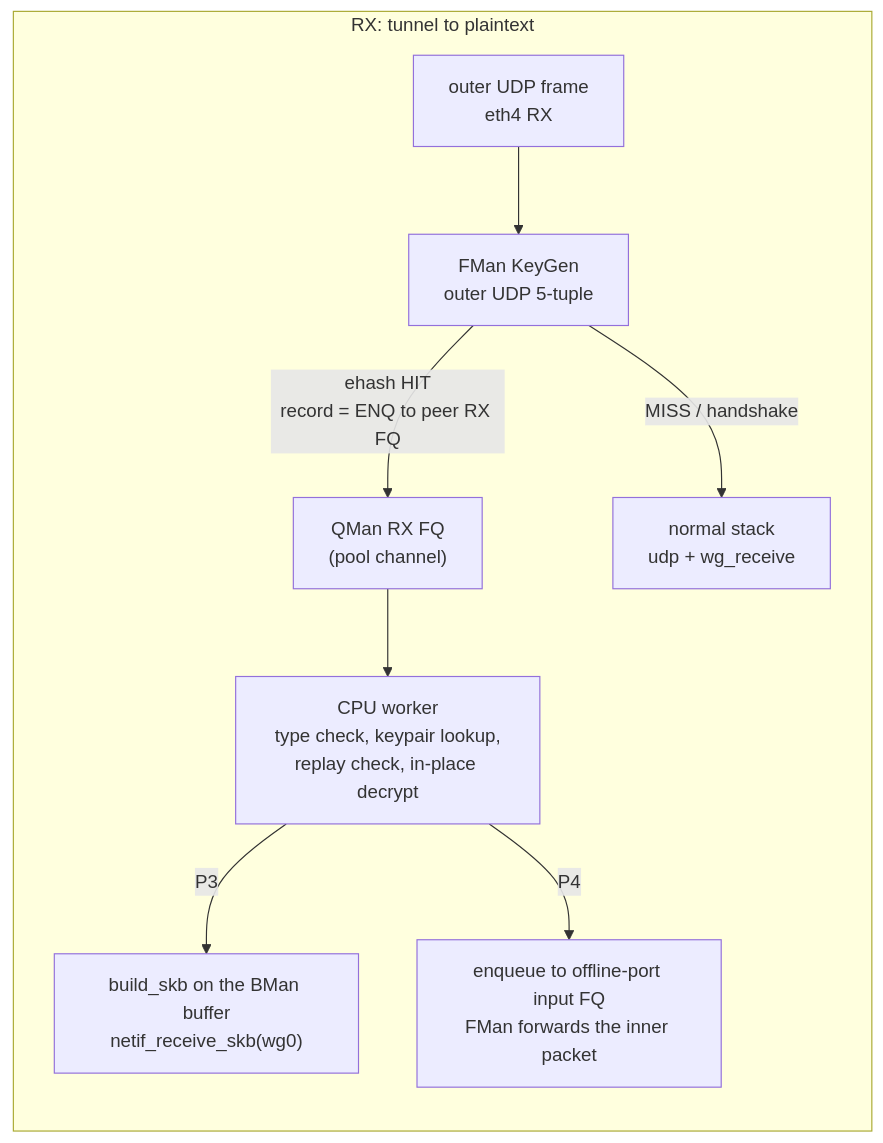
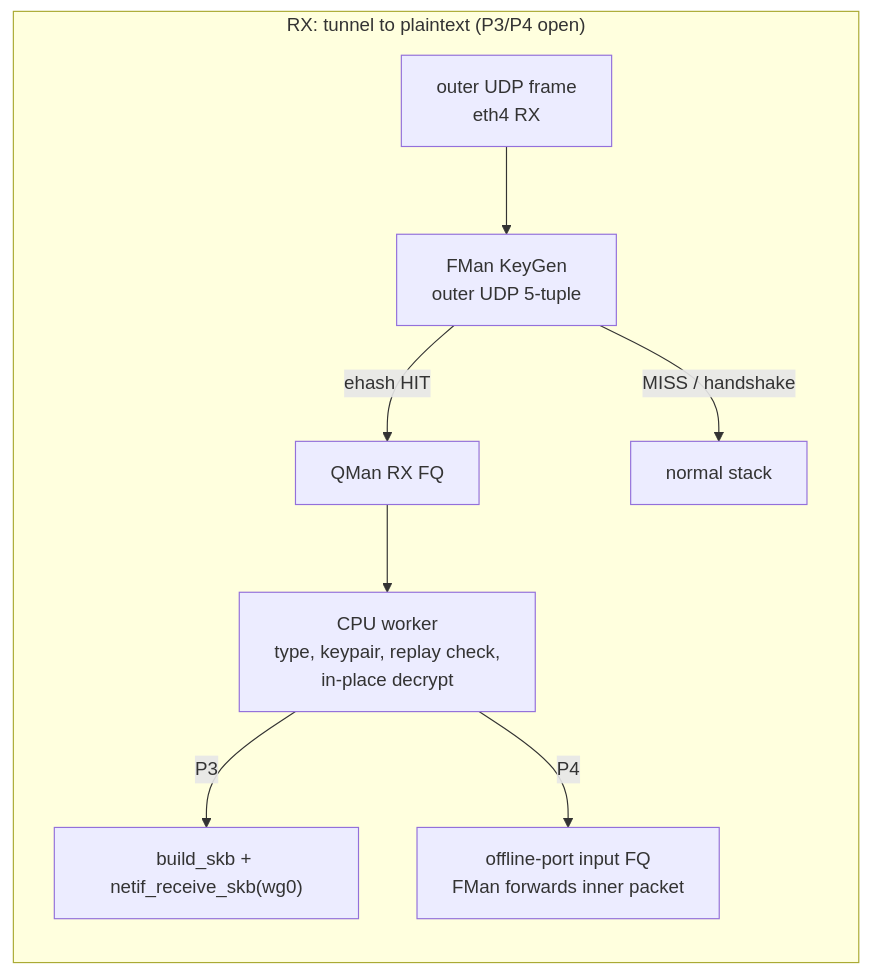
One commit to mihakralj/vyos-ls1046a-build changed the second of 2 diagrams in plans/ASK2-WIREGUARD-FASTPATH-PLAN.md. Above: the diagram before and after it, drawn with Mermaid. The commit also changed other lines of this file and 58 other files, not shown here.

````diff
--- a/plans/ASK2-WIREGUARD-FASTPATH-PLAN.md
+++ b/plans/ASK2-WIREGUARD-FASTPATH-PLAN.md
@@ -43,11 +33,11 @@
 ```mermaid
 flowchart LR
-    subgraph RX["RX: tunnel to plaintext"]
+    subgraph RX["RX: tunnel to plaintext (P3/P4 open)"]
         A2["outer UDP frame<br/>eth4 RX"] --> B2["FMan KeyGen<br/>outer UDP 5-tuple"]
-        B2 -->|"ehash HIT<br/>record = ENQ to peer RX FQ"| C2["QMan RX FQ<br/>(pool channel)"]
-        B2 -->|"MISS / handshake"| S2["normal stack<br/>udp + wg_receive"]
-        C2 --> D2["CPU worker<br/>type check, keypair lookup,<br/>replay check, in-place decrypt"]
-        D2 -->|"P3"| E2["build_skb on the BMan buffer<br/>netif_receive_skb(wg0)"]
-        D2 -->|"P4"| F2["enqueue to offline-port input FQ<br/>FMan forwards the inner packet"]
+        B2 -->|"ehash HIT"| C2["QMan RX FQ"]
+        B2 -->|"MISS / handshake"| S2["normal stack"]
+        C2 --> D2["CPU worker<br/>type, keypair, replay check,<br/>in-place decrypt"]
+        D2 -->|"P3"| E2["build_skb + netif_receive_skb(wg0)"]
+        D2 -->|"P4"| F2["offline-port input FQ<br/>FMan forwards inner packet"]
     end
 ```
````
